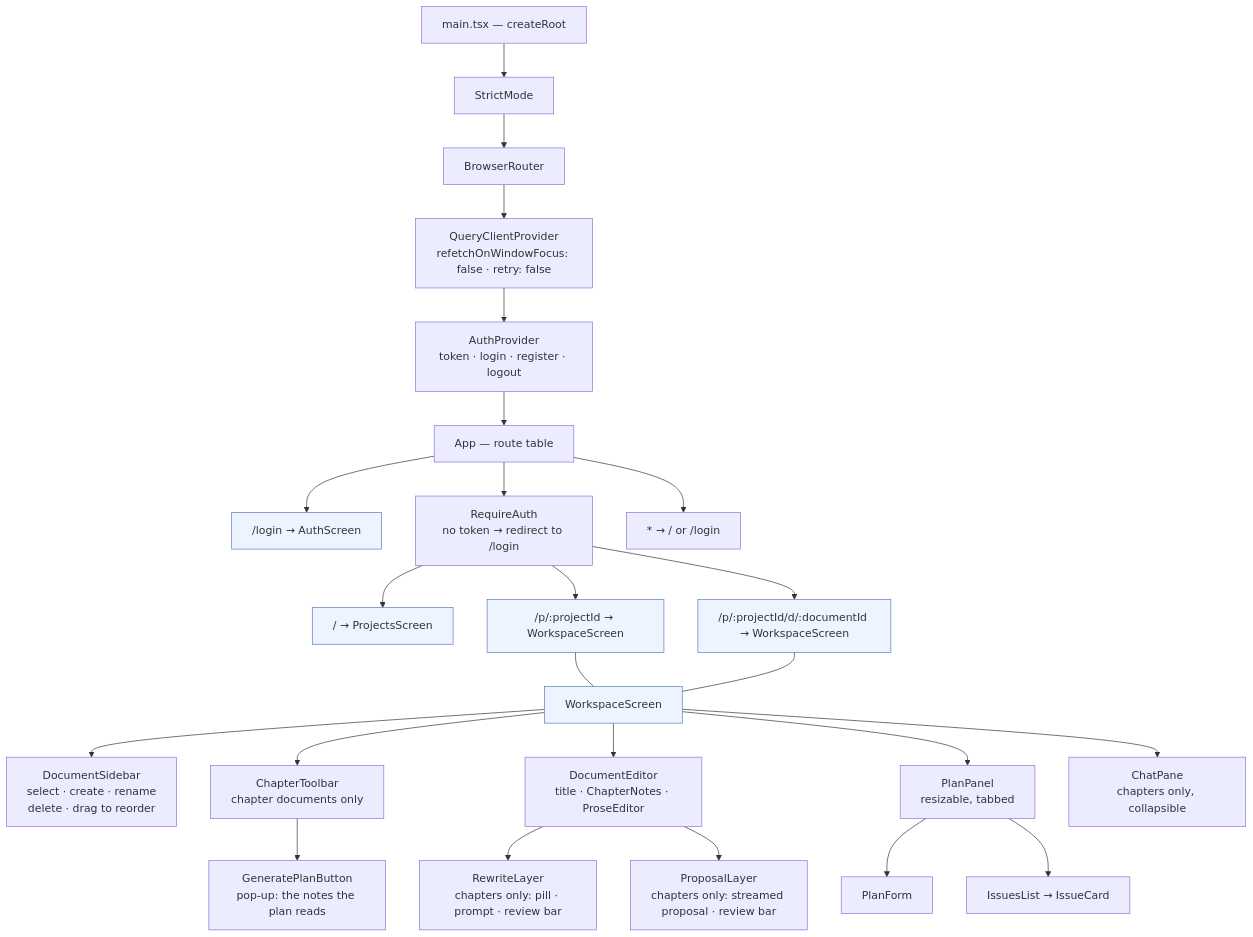
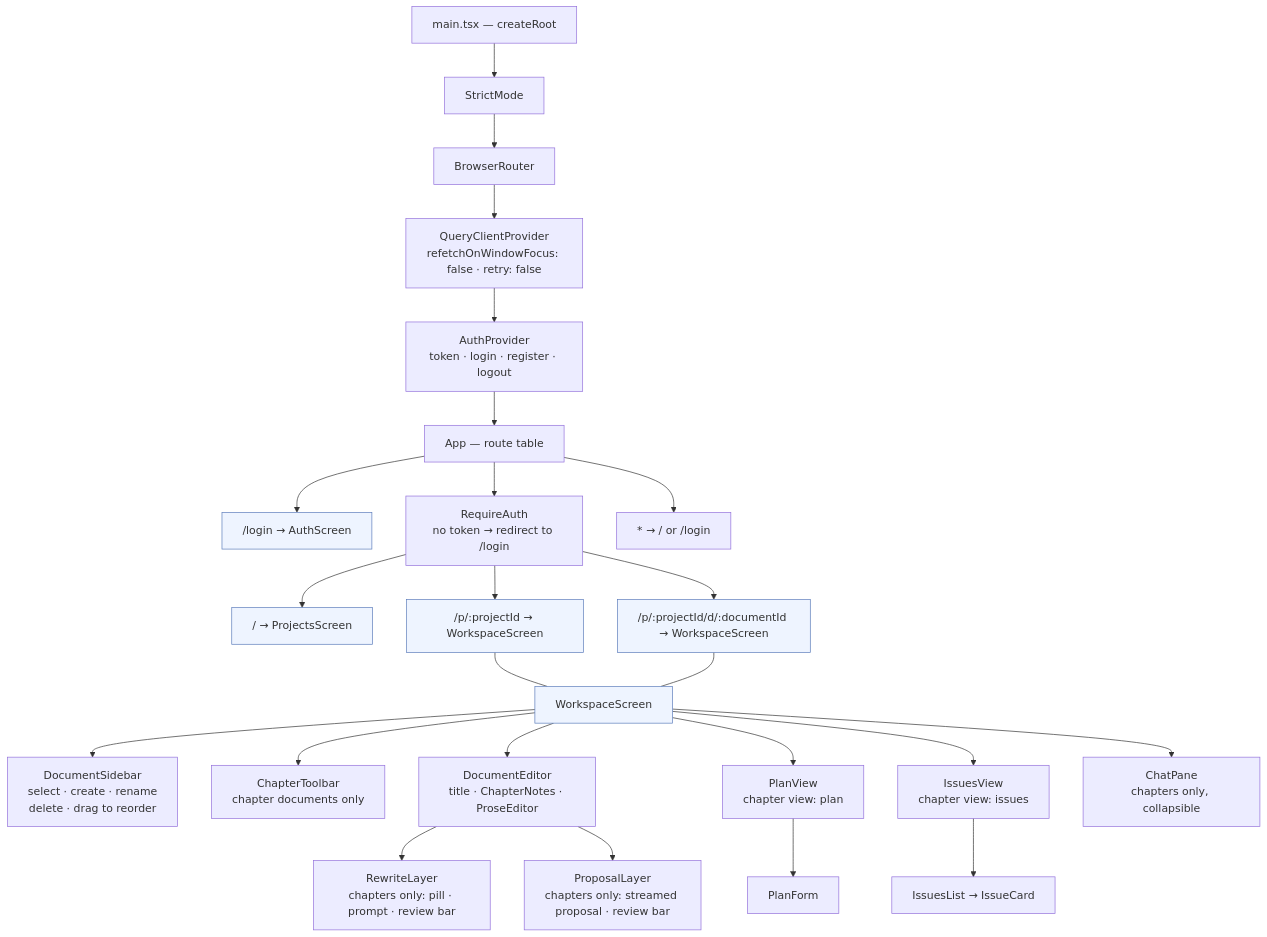
Before and after one commit to Akazz-L/maya: the first of 3 diagrams in docs/diagrams/04-frontend-architecture.md, drawn with Mermaid. The commit also changed other lines of this file and 15 other files, not shown here.

First line of the commit message:
feat: replace the plan panel with Write / Plan / Issues chapter views

````diff
--- a/docs/diagrams/04-frontend-architecture.md
+++ b/docs/diagrams/04-frontend-architecture.md
@@ -8,32 +8,32 @@
 ```mermaid
 graph TD
     ROOT["main.tsx — createRoot"] --> SM["StrictMode"]
     SM --> BR["BrowserRouter"]
     BR --> QCP["QueryClientProvider<br/>refetchOnWindowFocus: false · retry: false"]
     QCP --> AP["AuthProvider<br/>token · login · register · logout"]
     AP --> APP["App — route table"]
 
     APP --> LOGIN["/login → AuthScreen"]
     APP --> GUARD["RequireAuth<br/>no token → redirect to /login"]
     APP --> CATCH["* → / or /login"]
 
     GUARD --> PROJ["/ → ProjectsScreen"]
     GUARD --> WS1["/p/:projectId → WorkspaceScreen"]
     GUARD --> WS2["/p/:projectId/d/:documentId → WorkspaceScreen"]
 
     WS1 --- WS["WorkspaceScreen"]
     WS2 --- WS
     WS --> SIDE["DocumentSidebar<br/>select · create · rename<br/>delete · drag to reorder"]
     WS --> TB["ChapterToolbar<br/>chapter documents only"]
-    TB --> GP["GeneratePlanButton<br/>pop-up: the notes the plan reads"]
     WS --> ED["DocumentEditor<br/>title · ChapterNotes · ProseEditor"]
     ED --> RL["RewriteLayer<br/>chapters only: pill · prompt · review bar"]
     ED --> PL["ProposalLayer<br/>chapters only: streamed proposal · review bar"]
-    WS --> PP["PlanPanel<br/>resizable, tabbed"]
-    PP --> PF["PlanForm"]
-    PP --> IL["IssuesList → IssueCard"]
+    WS --> PV["PlanView<br/>chapter view: plan"]
+    PV --> PF["PlanForm"]
+    WS --> IV["IssuesView<br/>chapter view: issues"]
+    IV --> IL["IssuesList → IssueCard"]
     WS --> CP["ChatPane<br/>chapters only, collapsible"]
 
     classDef screen fill:#eef4ff,stroke:#5b7cba
     class LOGIN,PROJ,WS1,WS2,WS screen
 ```
````
